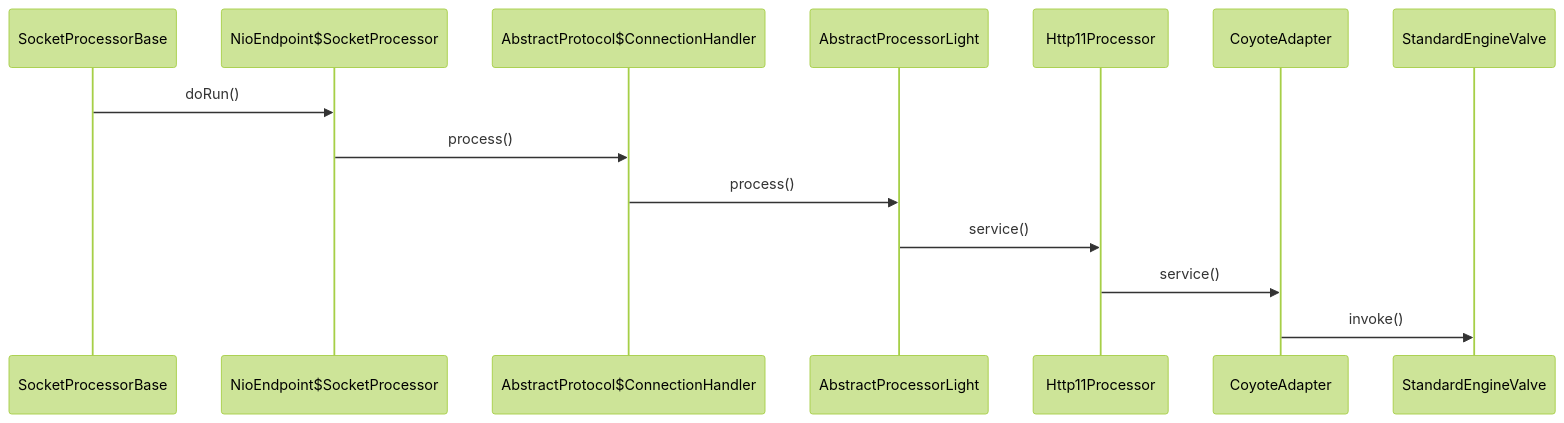
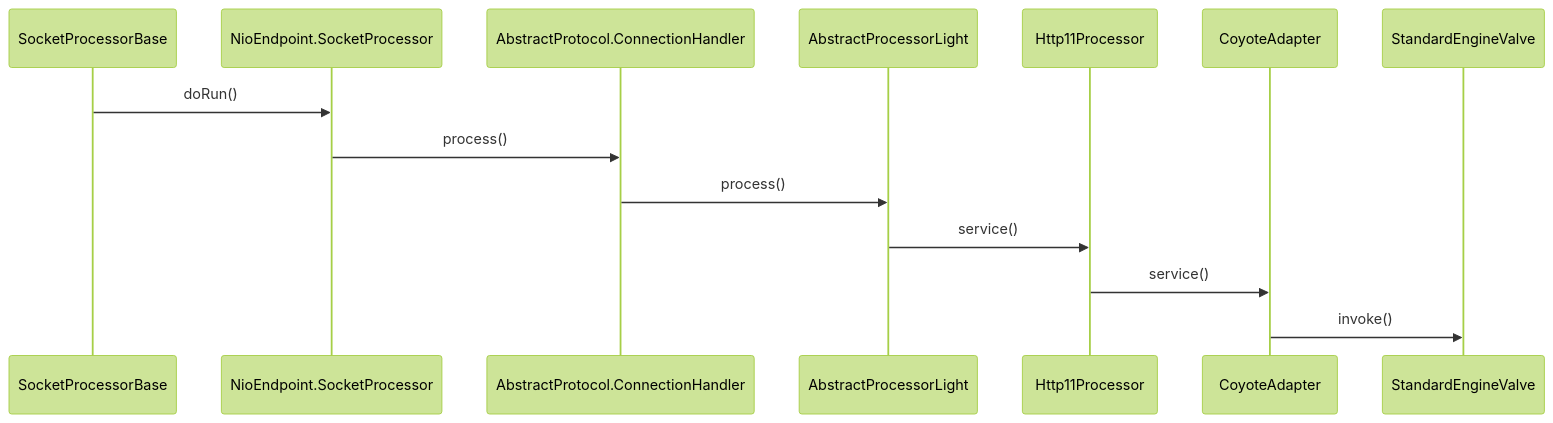
Before and after one commit to onlyonion/development: the diagram in 20-framework/src/tomcat/tomcat/SocketProcessorBase.md, drawn with Mermaid (forest theme). The commit also changed other lines of this file and 72 other files, not shown here.

````diff
--- a/20-framework/src/tomcat/tomcat/SocketProcessorBase.md
+++ b/20-framework/src/tomcat/tomcat/SocketProcessorBase.md
@@ -14,19 +14,19 @@
 ```mermaid
 sequenceDiagram
     
     %% socket -> 通信端点
-    SocketProcessorBase->>NioEndpoint$SocketProcessor: doRun()
+    SocketProcessorBase->>NioEndpoint.SocketProcessor: doRun()
     
     %% 通信端点 -> 连接处理
-    NioEndpoint$SocketProcessor->>AbstractProtocol$ConnectionHandler: process()
+    NioEndpoint.SocketProcessor->>AbstractProtocol.ConnectionHandler: process()
     
     %% 连接处理 -> 所有协议处理器
-    AbstractProtocol$ConnectionHandler->>AbstractProcessorLight: process()
+    AbstractProtocol.ConnectionHandler->>AbstractProcessorLight: process()
     
     %% http协议处理器
     AbstractProcessorLight->>Http11Processor: service()
     
     %% 链接适配器 
     Http11Processor->>CoyoteAdapter: service()
     CoyoteAdapter->>StandardEngineValve: invoke()
 ```
````
